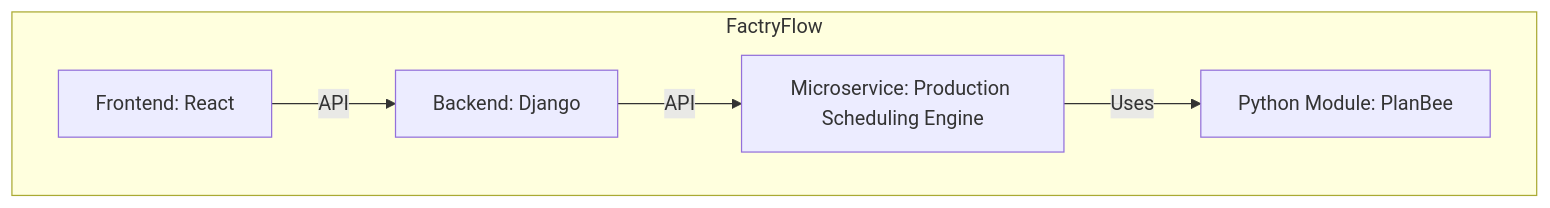
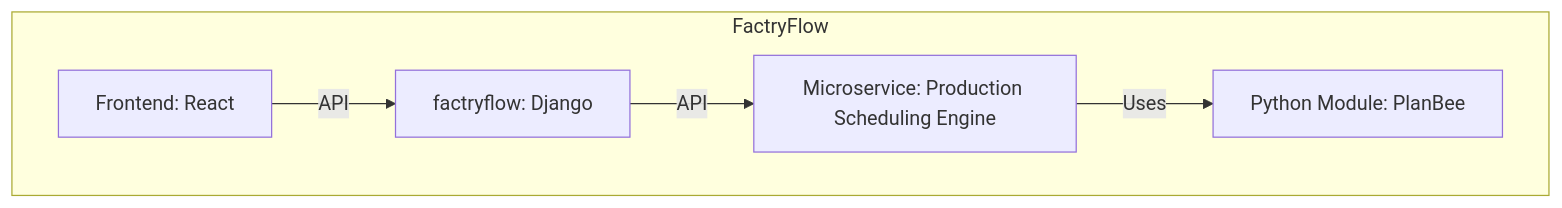
One commit to factryflow/factryflow-archive changed the diagram in docs/technical-documentation/architecture.md. Above: the diagram before and after it, drawn with Mermaid. The commit also changed other lines of this file and 76 other files, not shown here.

Commit message:
lint and rename backend to factryflow

````diff
--- a/docs/technical-documentation/architecture.md
+++ b/docs/technical-documentation/architecture.md
@@ -5,11 +5,11 @@
 ```mermaid
 graph TD
     subgraph FactryFlow
         A[Frontend: React]
-        B[Backend: Django]
+        B[factryflow: Django]
         C[Microservice: Production Scheduling Engine]
         C -->|Uses| D[Python Module: PlanBee]
     end
     A -->|API| B
     B -->|API| C
 ```
````
